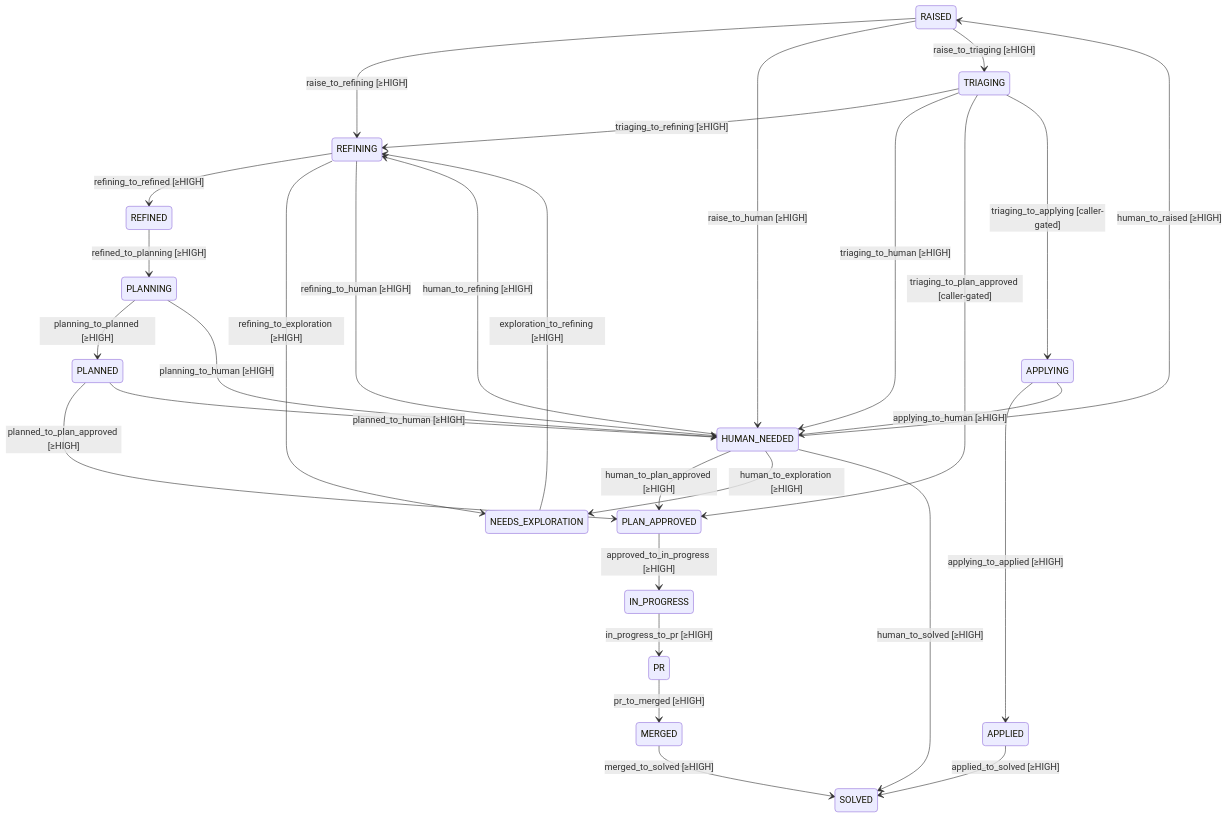
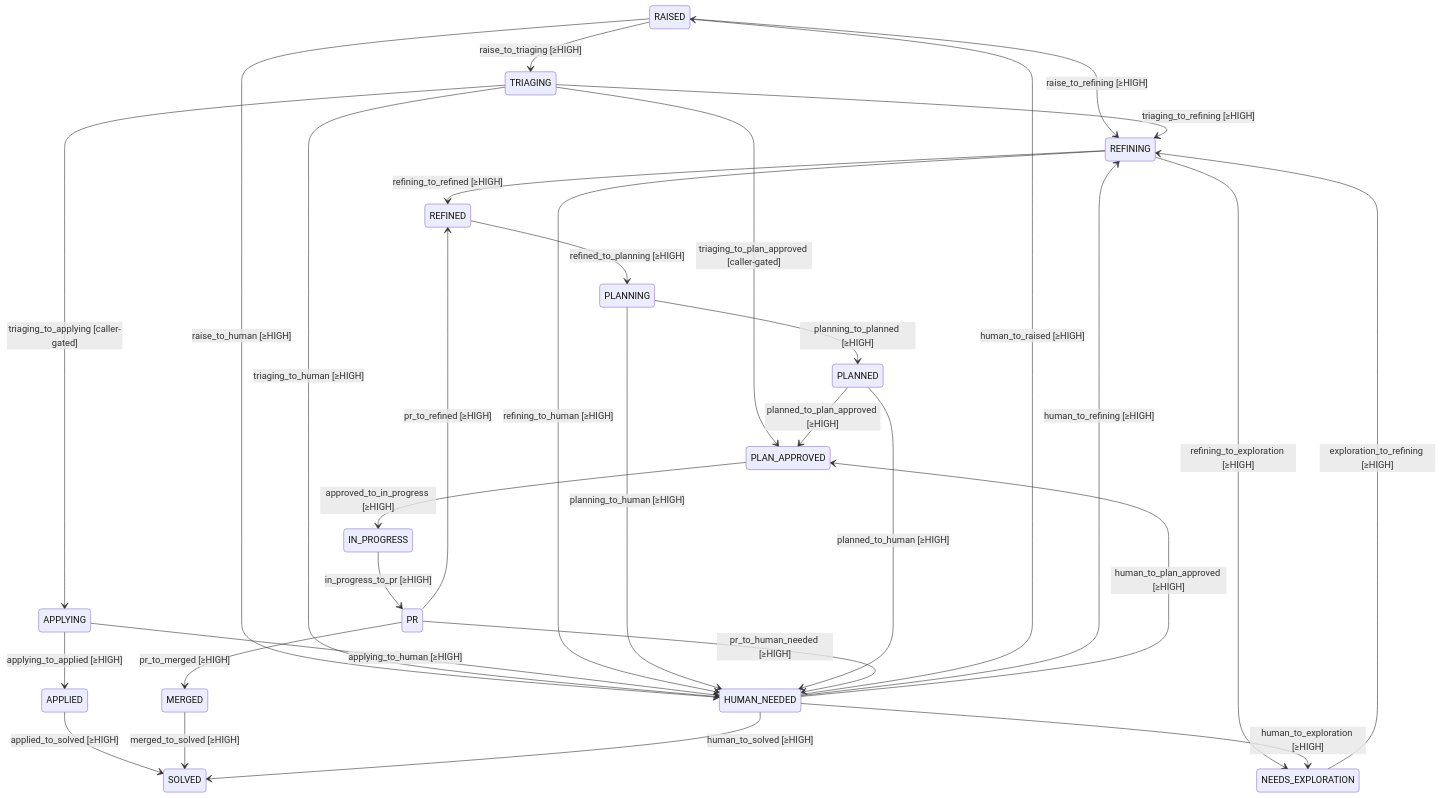
Before and after one commit to damien-robotsix/robotsix-cai: the first of 2 diagrams in docs/fsm.md, drawn with Mermaid. The commit also changed 3 other files, not shown here.

````diff
--- a/docs/fsm.md
+++ b/docs/fsm.md
@@ -14,31 +14,33 @@
 ```mermaid
 stateDiagram-v2
     RAISED --> REFINING : raise_to_refining [≥HIGH]
     RAISED --> HUMAN_NEEDED : raise_to_human [≥HIGH]
     RAISED --> TRIAGING : raise_to_triaging [≥HIGH]
     TRIAGING --> REFINING : triaging_to_refining [≥HIGH]
     TRIAGING --> HUMAN_NEEDED : triaging_to_human [≥HIGH]
     TRIAGING --> PLAN_APPROVED : triaging_to_plan_approved [caller-gated]
     TRIAGING --> APPLYING : triaging_to_applying [caller-gated]
     APPLYING --> APPLIED : applying_to_applied [≥HIGH]
     APPLYING --> HUMAN_NEEDED : applying_to_human [≥HIGH]
     APPLIED --> SOLVED : applied_to_solved [≥HIGH]
     REFINING --> REFINED : refining_to_refined [≥HIGH]
     REFINING --> NEEDS_EXPLORATION : refining_to_exploration [≥HIGH]
     REFINING --> HUMAN_NEEDED : refining_to_human [≥HIGH]
     NEEDS_EXPLORATION --> REFINING : exploration_to_refining [≥HIGH]
     REFINED --> PLANNING : refined_to_planning [≥HIGH]
     PLANNING --> PLANNED : planning_to_planned [≥HIGH]
     PLANNING --> HUMAN_NEEDED : planning_to_human [≥HIGH]
     PLANNED --> PLAN_APPROVED : planned_to_plan_approved [≥HIGH]
     PLANNED --> HUMAN_NEEDED : planned_to_human [≥HIGH]
     PLAN_APPROVED --> IN_PROGRESS : approved_to_in_progress [≥HIGH]
     IN_PROGRESS --> PR : in_progress_to_pr [≥HIGH]
     PR --> MERGED : pr_to_merged [≥HIGH]
+    PR --> REFINED : pr_to_refined [≥HIGH]
+    PR --> HUMAN_NEEDED : pr_to_human_needed [≥HIGH]
     MERGED --> SOLVED : merged_to_solved [≥HIGH]
     HUMAN_NEEDED --> RAISED : human_to_raised [≥HIGH]
     HUMAN_NEEDED --> REFINING : human_to_refining [≥HIGH]
     HUMAN_NEEDED --> PLAN_APPROVED : human_to_plan_approved [≥HIGH]
     HUMAN_NEEDED --> NEEDS_EXPLORATION : human_to_exploration [≥HIGH]
     HUMAN_NEEDED --> SOLVED : human_to_solved [≥HIGH]
 ```
````
